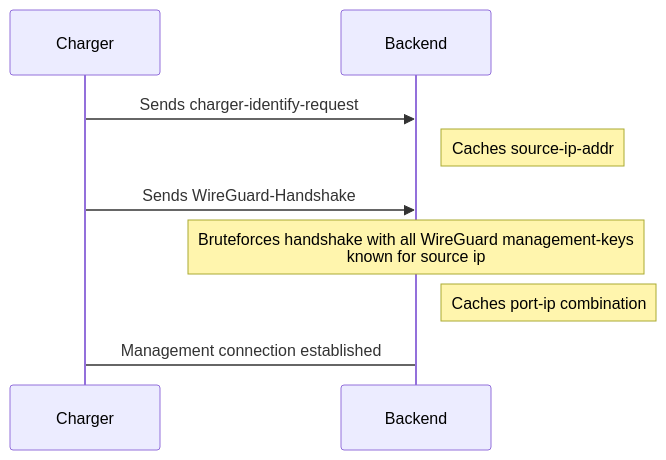
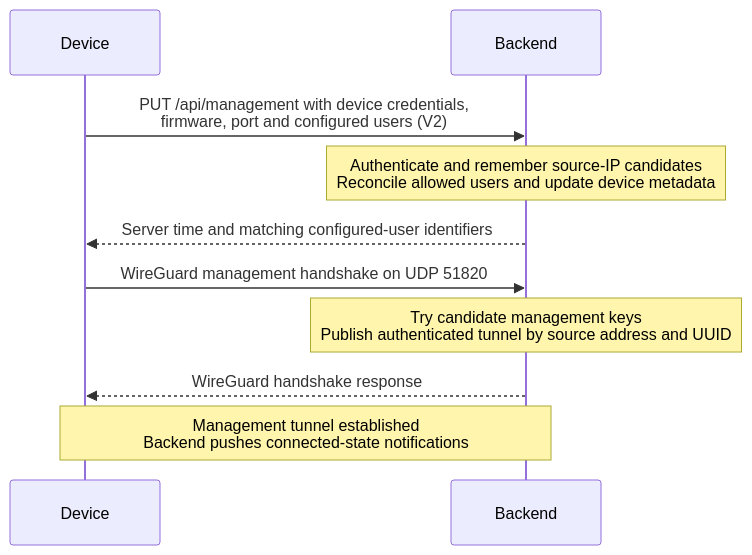
One commit to Tinkerforge/esp32-remote-access changed the fifth of 9 diagrams in sequence.md. Above: the diagram before and after it, drawn with Mermaid. The commit also changed other lines of this file and 30 other files, not shown here.

````diff
--- a/sequence.md
+++ b/sequence.md
@@ -137,11 +134,12 @@
 ```mermaid
 sequenceDiagram
-    Charger->>Backend: Sends charger-identify-request
-    Note right of Backend: Caches source-ip-addr
-
-    Charger->>Backend: Sends WireGuard-Handshake
-    Note over Backend: Bruteforces handshake with all WireGuard management-keys <br> known for source ip
-    Note right of Backend: Caches port-ip combination
-
-    Backend->Charger: Management connection established
+    participant Device
+    participant Backend
+    Device->>Backend: PUT /api/management with device credentials,<br/>firmware, port and configured users (V2)
+    Note over Backend: Authenticate and remember source-IP candidates<br/>Reconcile allowed users and update device metadata
+    Backend-->>Device: Server time and matching configured-user identifiers
+    Device->>Backend: WireGuard management handshake on UDP 51820
+    Note over Backend: Try candidate management keys<br/>Publish authenticated tunnel by source address and UUID
+    Backend-->>Device: WireGuard handshake response
+    Note over Device,Backend: Management tunnel established<br/>Backend pushes connected-state notifications
 ```
````
